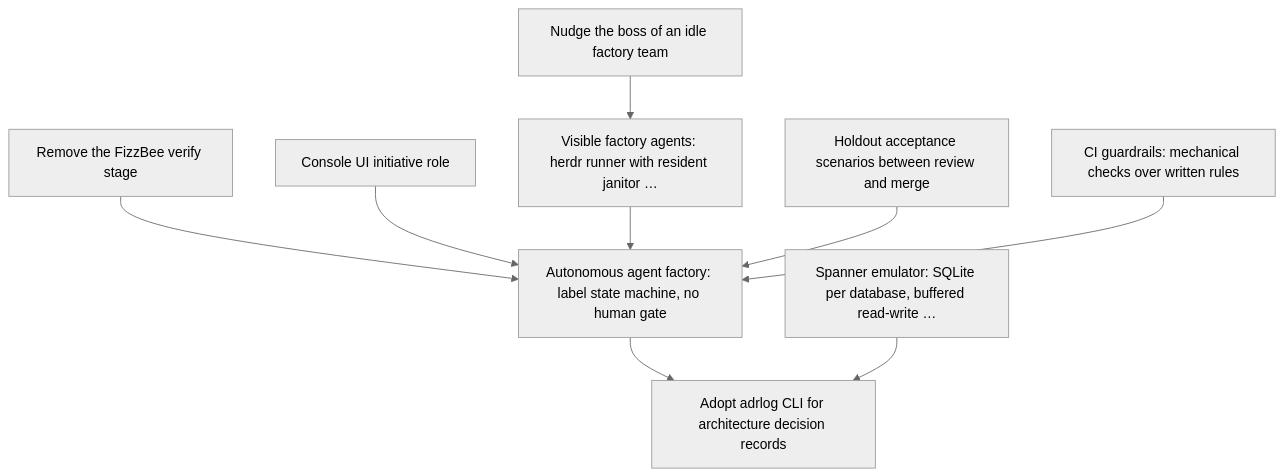
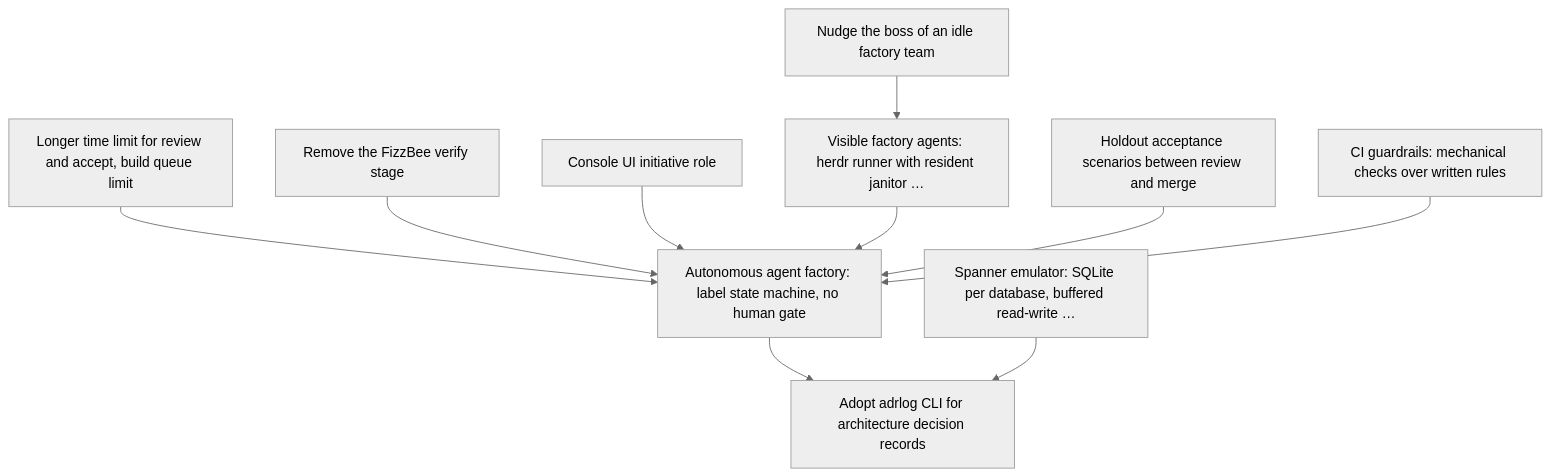
Before and after one commit to GuitarWag/gcp-local: the diagram in docs/adr/README.md, drawn with Mermaid (neutral theme). The commit also changed other lines of this file and 6 other files, not shown here.

First line of the commit message:
feat(factory): longer review and accept limit, build queue limit (#208)

````diff
--- a/docs/adr/README.md
+++ b/docs/adr/README.md
@@ -19,20 +20,22 @@
 ```mermaid
 graph TD
-  n0["Remove the FizzBee verify stage"]
-  n1["Nudge the boss of an idle factory team"]
-  n2["Console UI initiative role"]
-  n3["Visible factory agents: herdr runner with resident janitor …"]
-  n4["Holdout acceptance scenarios between review and merge"]
-  n5["CI guardrails: mechanical checks over written rules"]
-  n6["Autonomous agent factory: label state machine, no human gate"]
-  n7["Spanner emulator: SQLite per database, buffered read-write …"]
-  n8["Adopt adrlog CLI for architecture decision records"]
-  n0 --> n6
-  n1 --> n3
-  n2 --> n6
-  n3 --> n6
-  n4 --> n6
-  n5 --> n6
-  n6 --> n8
-  n7 --> n8
+  n0["Longer time limit for review and accept, build queue limit"]
+  n1["Remove the FizzBee verify stage"]
+  n2["Nudge the boss of an idle factory team"]
+  n3["Console UI initiative role"]
+  n4["Visible factory agents: herdr runner with resident janitor …"]
+  n5["Holdout acceptance scenarios between review and merge"]
+  n6["CI guardrails: mechanical checks over written rules"]
+  n7["Autonomous agent factory: label state machine, no human gate"]
+  n8["Spanner emulator: SQLite per database, buffered read-write …"]
+  n9["Adopt adrlog CLI for architecture decision records"]
+  n0 --> n7
+  n1 --> n7
+  n2 --> n4
+  n3 --> n7
+  n4 --> n7
+  n5 --> n7
+  n6 --> n7
+  n7 --> n9
+  n8 --> n9
 ```
````
